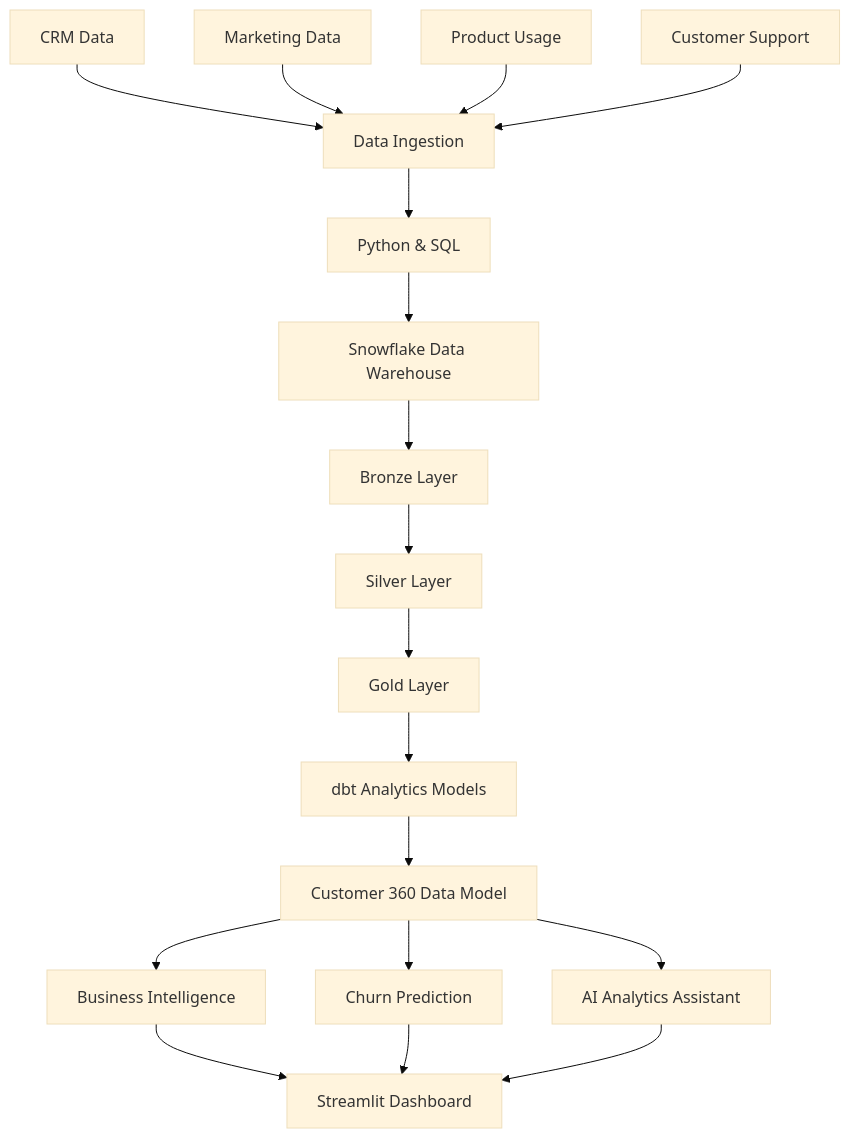
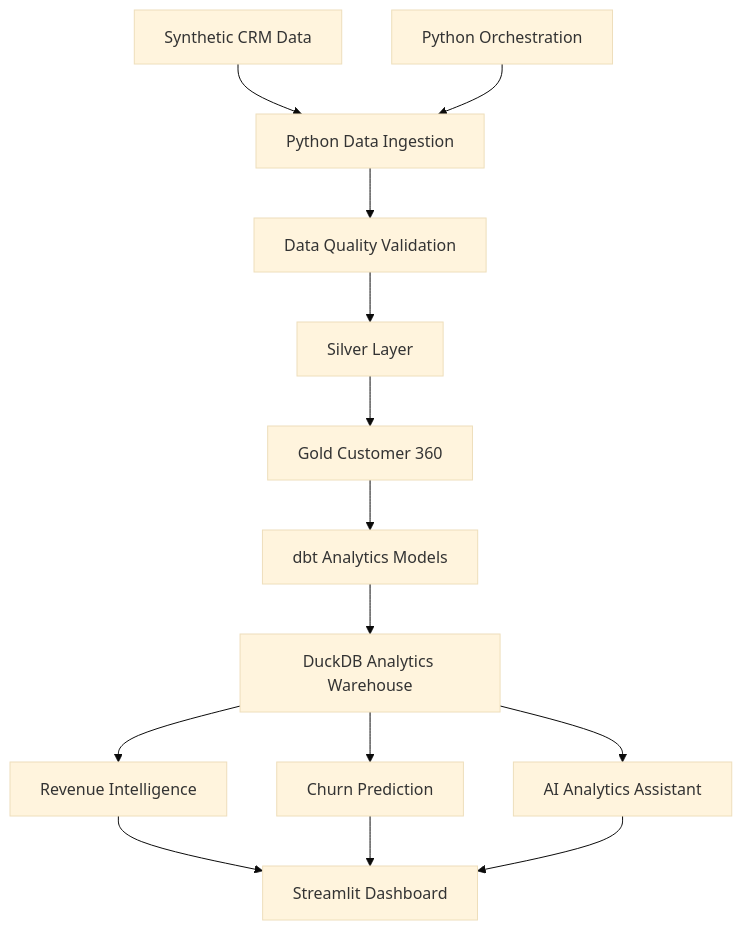
Before and after one commit to nithyaa-d/customer-360-revenue-intelligence: the diagram in README.md, drawn with Mermaid (base theme). The commit also changed other lines of this file, not shown here.

````diff
--- a/README.md
+++ b/README.md
@@ -50,25 +55,16 @@
 ```mermaid
 flowchart TD
-    A[CRM Data] --> E[Data Ingestion]
-    B[Marketing Data] --> E
-    C[Product Usage] --> E
-    D[Customer Support] --> E
-
-    E --> F[Python & SQL]
-    F --> G[Snowflake Data Warehouse]
-
-    G --> H[Bronze Layer]
-    H --> I[Silver Layer]
-    I --> J[Gold Layer]
-
-    J --> K[dbt Analytics Models]
-    K --> L[Customer 360 Data Model]
-
-    L --> M[Business Intelligence]
-    L --> N[Churn Prediction]
-    L --> O[AI Analytics Assistant]
-
-    M --> P[Streamlit Dashboard]
-    N --> P
-    O --> P
+    A[Synthetic CRM Data] --> B[Python Data Ingestion]
+    B --> C[Data Quality Validation]
+    C --> D[Silver Layer]
+    D --> E[Gold Customer 360]
+    E --> F[dbt Analytics Models]
+    F --> G[DuckDB Analytics Warehouse]
+    G --> H[Revenue Intelligence]
+    G --> I[Churn Prediction]
+    G --> J[AI Analytics Assistant]
+    H --> K[Streamlit Dashboard]
+    I --> K
+    J --> K
+    L[Python Orchestration] --> B
 ```
````
